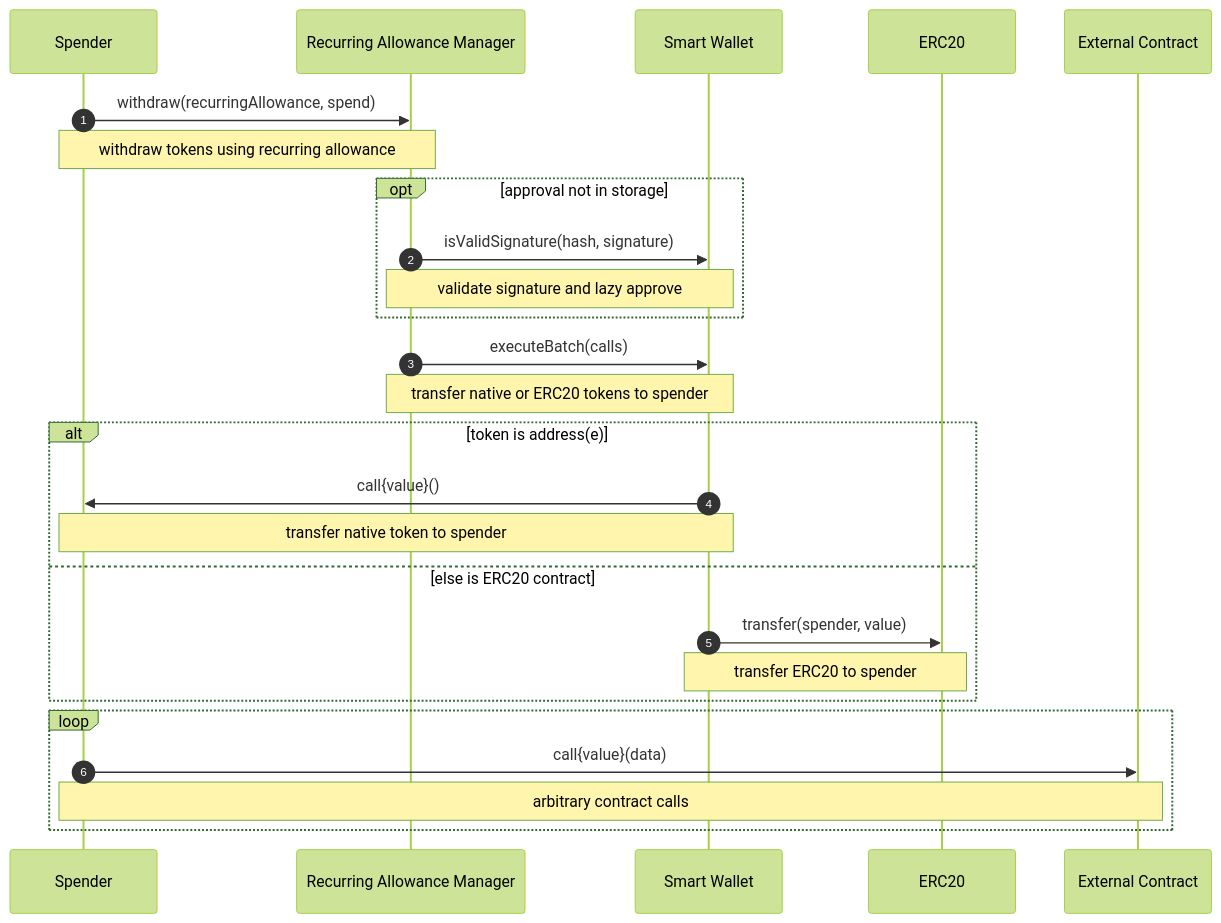
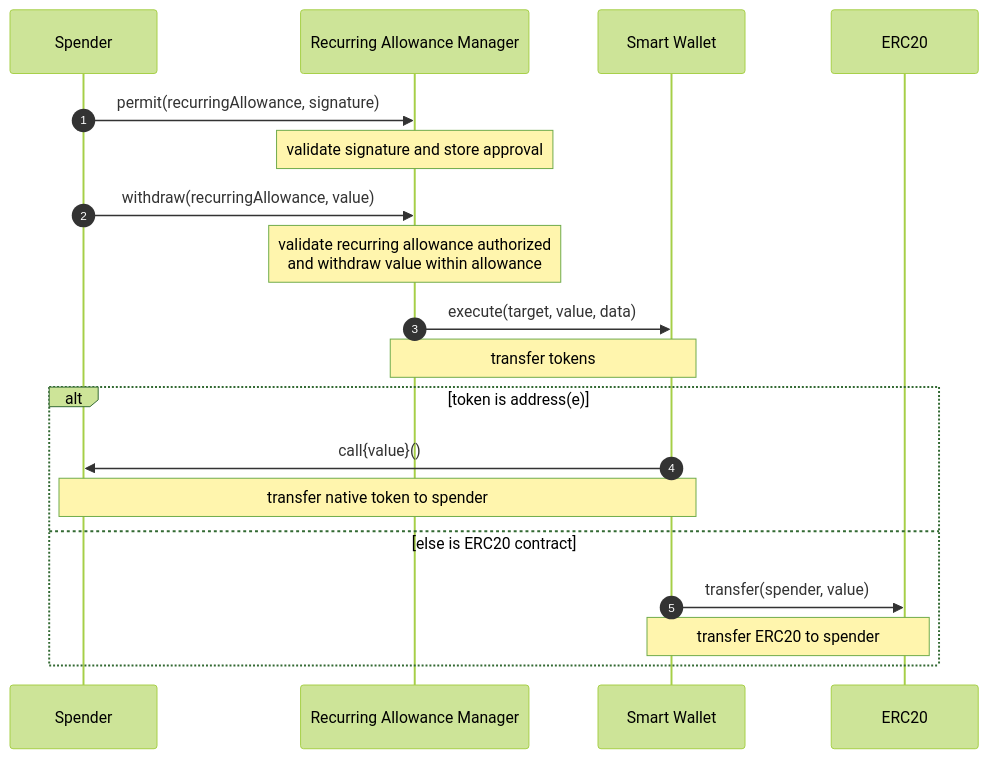
One commit to coinbase/smart-wallet-permissions changed the first of 2 diagrams in docs/diagrams/onchain/withdraw.md. Above: the diagram before and after it, drawn with Mermaid (forest theme). The commit also changed other lines of this file, not shown here.

Commit message:
Update diagrams

````diff
--- a/docs/diagrams/onchain/withdraw.md
+++ b/docs/diagrams/onchain/withdraw.md
@@ -3,29 +7,22 @@
 ```mermaid
 sequenceDiagram
     autonumber
     participant S as Spender
     participant M as Recurring Allowance Manager
     participant A as Smart Wallet
     participant ERC20
-    participant EC as External Contract
 
-    S->>M: withdraw(recurringAllowance, spend)
-    Note over S,M: withdraw tokens using recurring allowance
-    opt approval not in storage
-        M->>A: isValidSignature(hash, signature)
-        Note over M,A: validate signature and lazy approve
-    end
-    M->>A: executeBatch(calls)
-    Note over M,A: transfer native or ERC20 tokens to spender
+    S->>M: permit(recurringAllowance, signature)
+    Note over M: validate signature and store approval
+    S->>M: withdraw(recurringAllowance, value)
+    Note over M: validate recurring allowance authorized <br> and withdraw value within allowance
+    M->>A: execute(target, value, data)
+    Note over M,A: transfer tokens
     alt token is address(e)
         A->>S: call{value}()
         Note over A,S: transfer native token to spender
     else else is ERC20 contract
         A->>ERC20: transfer(spender, value)
         Note over A,ERC20: transfer ERC20 to spender
     end
-    loop
-        S->>EC: call{value}(data)
-        Note over S,EC: arbitrary contract calls
-    end
 ```
````
